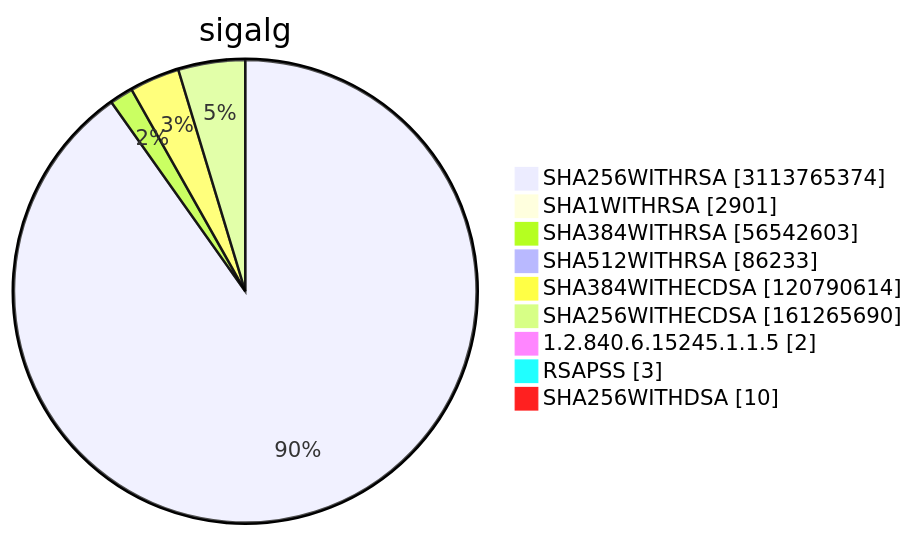
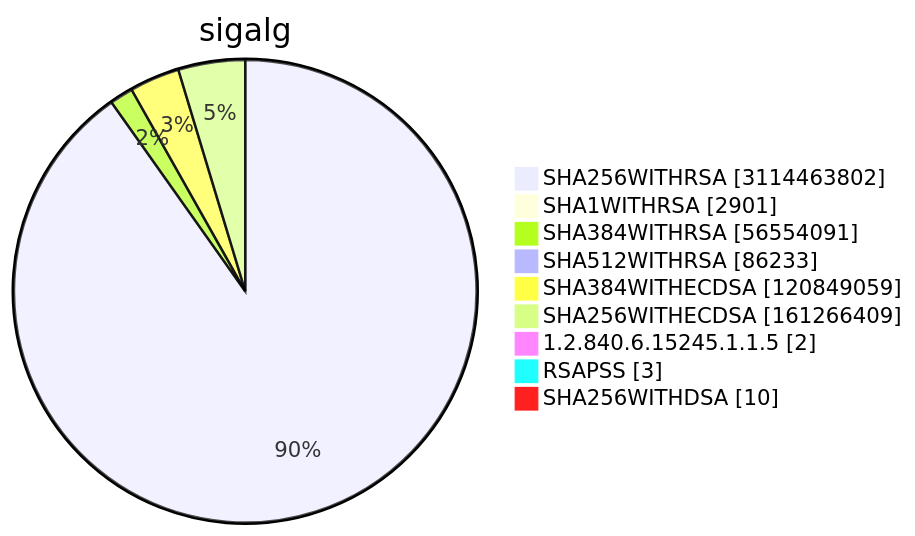
Before and after one commit to christiankrug/ctmonitor_visualization: diagram 15 of 15 in TOTAL/README.md, drawn with Mermaid. The commit also changed other lines of this file, not shown here.

````diff
--- a/TOTAL/README.md
+++ b/TOTAL/README.md
@@ -6212,13 +6212,13 @@
 ```mermaid
 pie showData
 title sigalg
-"SHA256WITHRSA" :3113765374
+"SHA256WITHRSA" :3114463802
 "SHA1WITHRSA" :2901
-"SHA384WITHRSA" :56542603
+"SHA384WITHRSA" :56554091
 "SHA512WITHRSA" :86233
-"SHA384WITHECDSA" :120790614
-"SHA256WITHECDSA" :161265690
+"SHA384WITHECDSA" :120849059
+"SHA256WITHECDSA" :161266409
 "1.2.840.6.15245.1.1.5" :2
 "RSAPSS" :3
 "SHA256WITHDSA" :10
 ```
````
